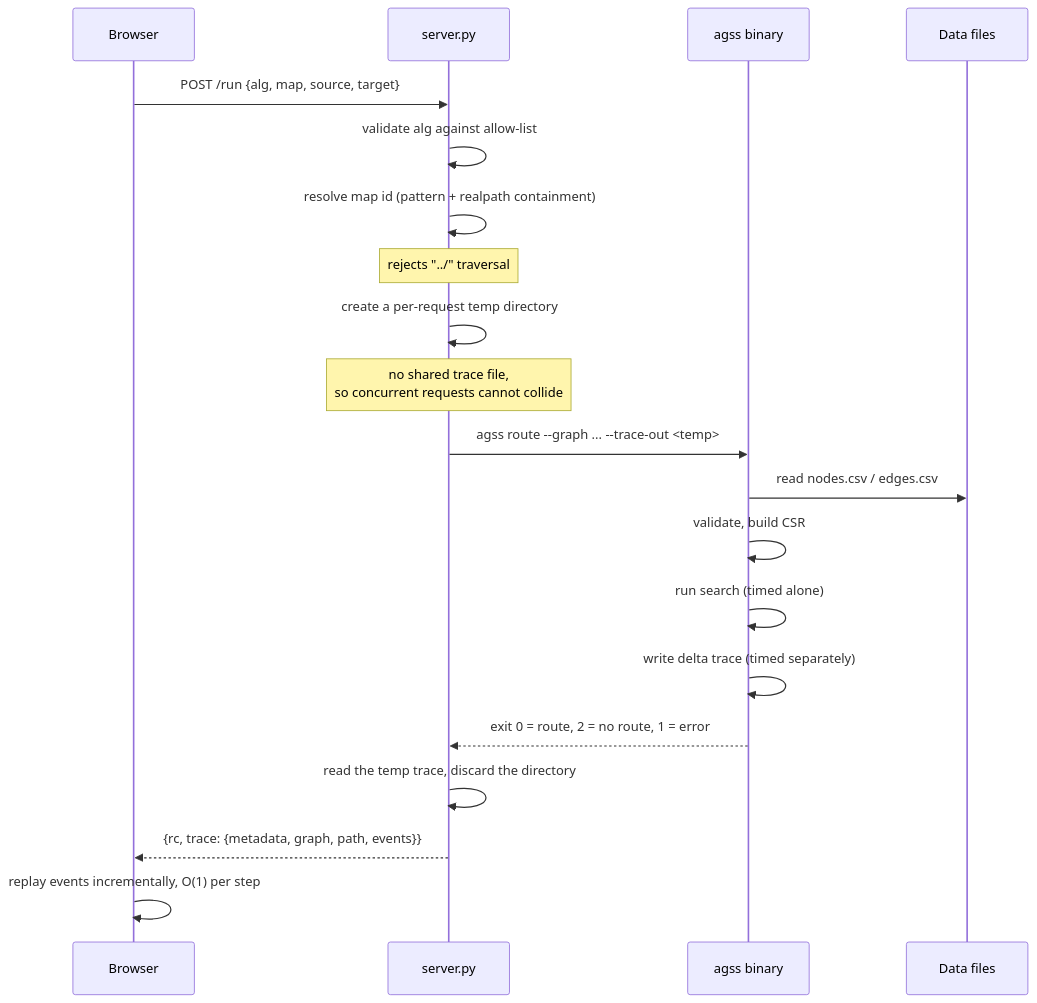
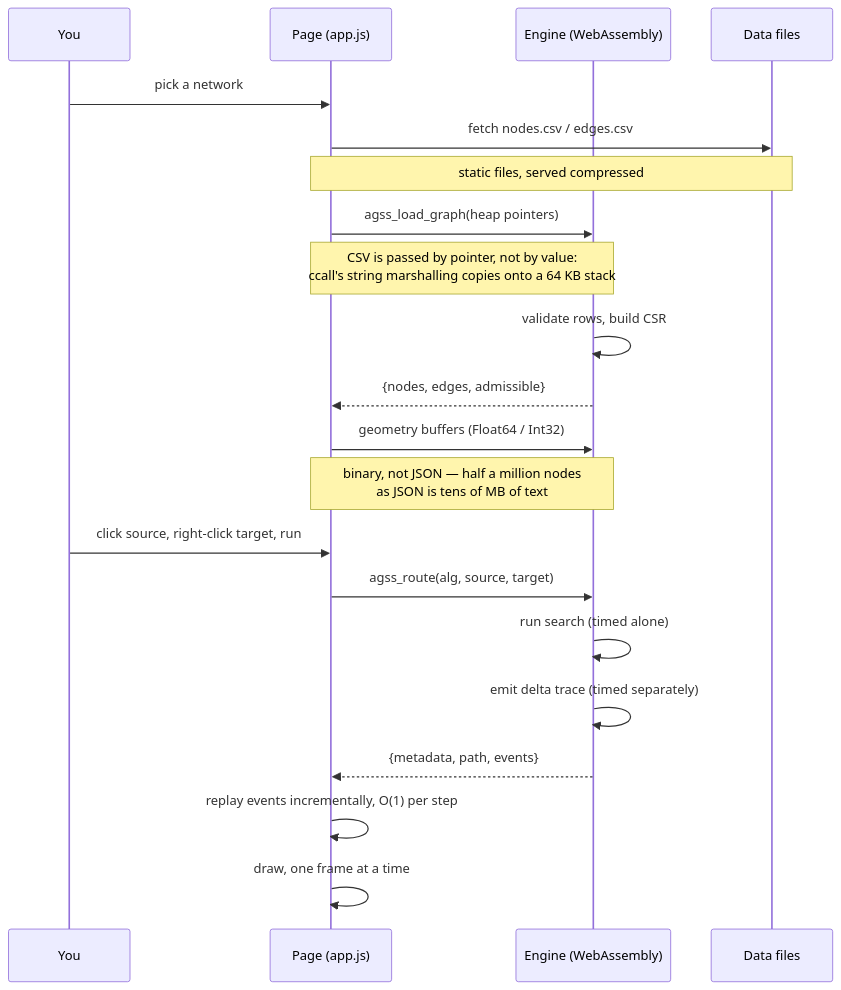
The second of 3 diagrams in README.md (adarshcod30/Adaptive-Graph-Search-Suite), drawn with Mermaid before and after one commit. The commit also changed other lines of this file and 8 other files, not shown here.

````diff
--- a/README.md
+++ b/README.md
@@ -323,23 +328,25 @@
 ```mermaid
 sequenceDiagram
-    participant U as Browser
-    participant S as server.py
-    participant B as agss binary
+    participant U as You
+    participant P as Page (app.js)
+    participant W as Engine (WebAssembly)
     participant D as Data files
 
-    U->>S: POST /run {alg, map, source, target}
-    S->>S: validate alg against allow-list
-    S->>S: resolve map id (pattern + realpath containment)
-    Note over S: rejects "../" traversal
-    S->>S: create a per-request temp directory
-    Note over S: no shared trace file,<br/>so concurrent requests cannot collide
-    S->>B: agss route --graph ... --trace-out <temp>
-    B->>D: read nodes.csv / edges.csv
-    B->>B: validate, build CSR
-    B->>B: run search (timed alone)
-    B->>B: write delta trace (timed separately)
-    B-->>S: exit 0 = route, 2 = no route, 1 = error
-    S->>S: read the temp trace, discard the directory
-    S-->>U: {rc, trace: {metadata, graph, path, events}}
-    U->>U: replay events incrementally, O(1) per step
+    U->>P: pick a network
+    P->>D: fetch nodes.csv / edges.csv
+    Note over P,D: static files, served compressed
+    P->>W: agss_load_graph(heap pointers)
+    Note over P,W: CSV is passed by pointer, not by value:<br/>ccall's string marshalling copies onto a 64 KB stack
+    W->>W: validate rows, build CSR
+    W-->>P: {nodes, edges, admissible}
+    P->>W: geometry buffers (Float64 / Int32)
+    Note over P,W: binary, not JSON — half a million nodes<br/>as JSON is tens of MB of text
+
+    U->>P: click source, right-click target, run
+    P->>W: agss_route(alg, source, target)
+    W->>W: run search (timed alone)
+    W->>W: emit delta trace (timed separately)
+    W-->>P: {metadata, path, events}
+    P->>P: replay events incrementally, O(1) per step
+    P->>P: draw, one frame at a time
 ```
````
